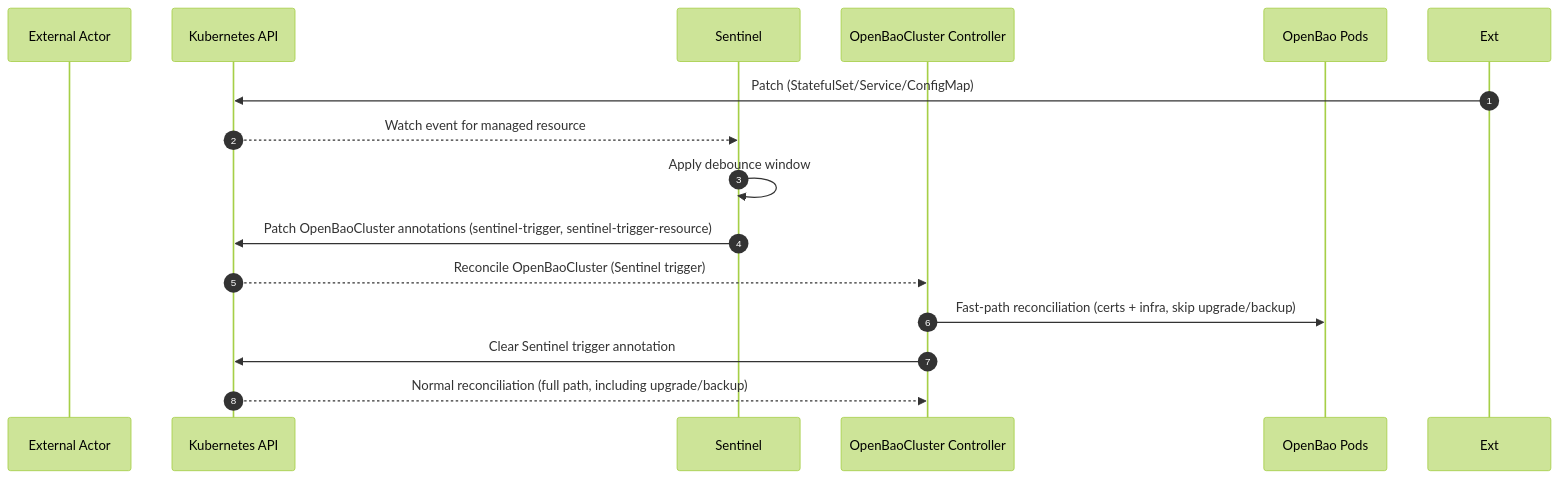
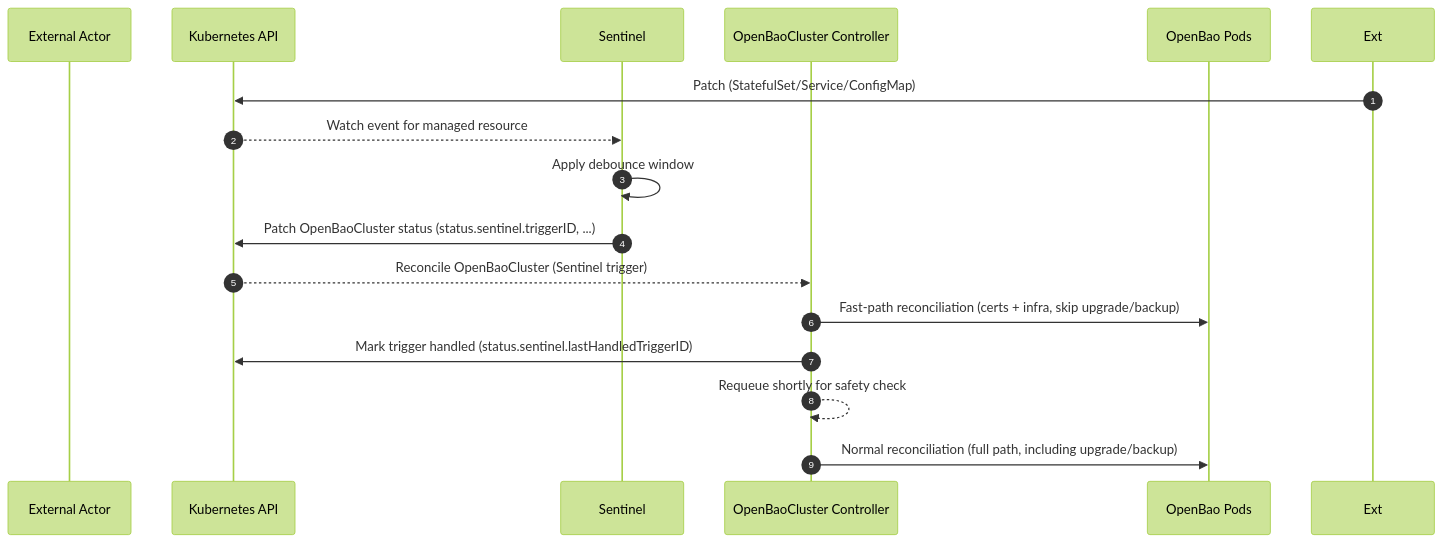
The diagram in docs/architecture/sentinel.md (dc-tec/openbao-operator), drawn with Mermaid (forest theme) before and after one commit. The commit also changed other lines of this file and 54 other files, not shown here.

````diff
--- a/docs/architecture/sentinel.md
+++ b/docs/architecture/sentinel.md
@@ -18,18 +18,19 @@
 ```mermaid
 sequenceDiagram
     autonumber
     participant Actor as External Actor
     participant K as Kubernetes API
     participant S as Sentinel
     participant C as OpenBaoCluster Controller
     participant Bao as OpenBao Pods
 
     Ext->>K: Patch (StatefulSet/Service/ConfigMap)
     K-->>S: Watch event for managed resource
     S->>S: Apply debounce window
-    S->>K: Patch OpenBaoCluster annotations (sentinel-trigger, sentinel-trigger-resource)
+    S->>K: Patch OpenBaoCluster status (status.sentinel.triggerID, ...)
     K-->>C: Reconcile OpenBaoCluster (Sentinel trigger)
     C->>Bao: Fast-path reconciliation (certs + infra, skip upgrade/backup)
-    C->>K: Clear Sentinel trigger annotation
-    K-->>C: Normal reconciliation (full path, including upgrade/backup)
+    C->>K: Mark trigger handled (status.sentinel.lastHandledTriggerID)
+    C-->>C: Requeue shortly for safety check
+    C->>Bao: Normal reconciliation (full path, including upgrade/backup)
 ```
````
